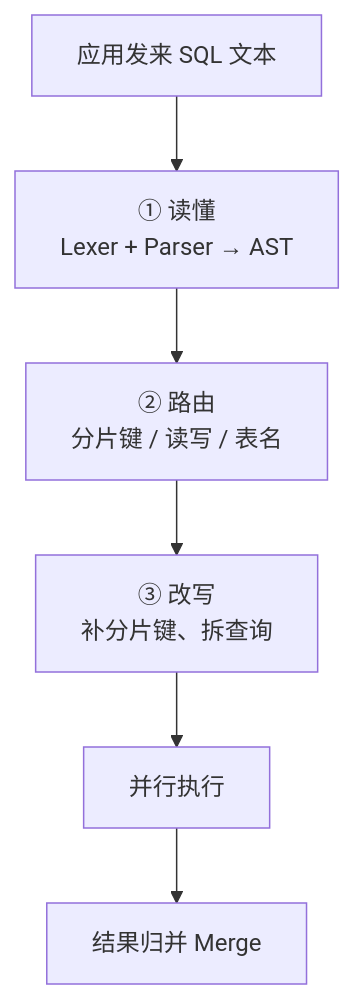
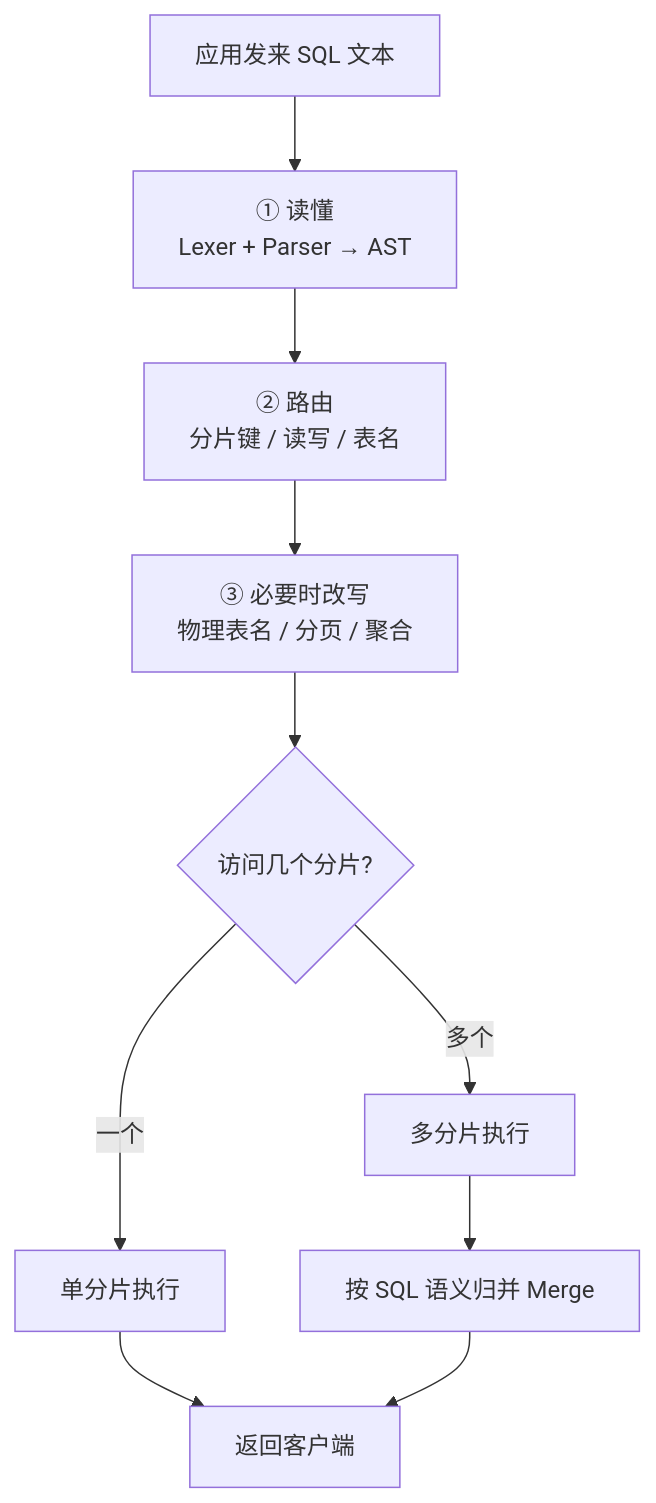
The first of 3 diagrams in src/site/notes/Work/Databases/MySql/Basics/Mysql 中间件.md (woweijun123/woweijun123.github.io), drawn with Mermaid before and after one commit. The commit also changed other lines of this file and 99 other files, not shown here.

````diff
--- a/src/site/notes/Work/Databases/MySql/Basics/Mysql 中间件.md
+++ b/src/site/notes/Work/Databases/MySql/Basics/Mysql 中间件.md
@@ -58,10 +65,15 @@
 ```mermaid
 flowchart TD
     sql["应用发来 SQL 文本"]
     parse["① 读懂<br>Lexer + Parser → AST"]
     route["② 路由<br>分片键 / 读写 / 表名"]
-    rewrite["③ 改写<br>补分片键、拆查询"]
-    exec["并行执行"]
-    merge["结果归并 Merge"]
-    sql --> parse --> route --> rewrite --> exec --> merge
+    rewrite["③ 必要时改写<br>物理表名 / 分页 / 聚合"]
+    target{"访问几个分片?"}
+    single["单分片执行"]
+    exec["多分片执行"]
+    merge["按 SQL 语义归并 Merge"]
+    result["返回客户端"]
+    sql --> parse --> route --> rewrite --> target
+    target -->|一个| single --> result
+    target -->|多个| exec --> merge --> result
 ```
````
